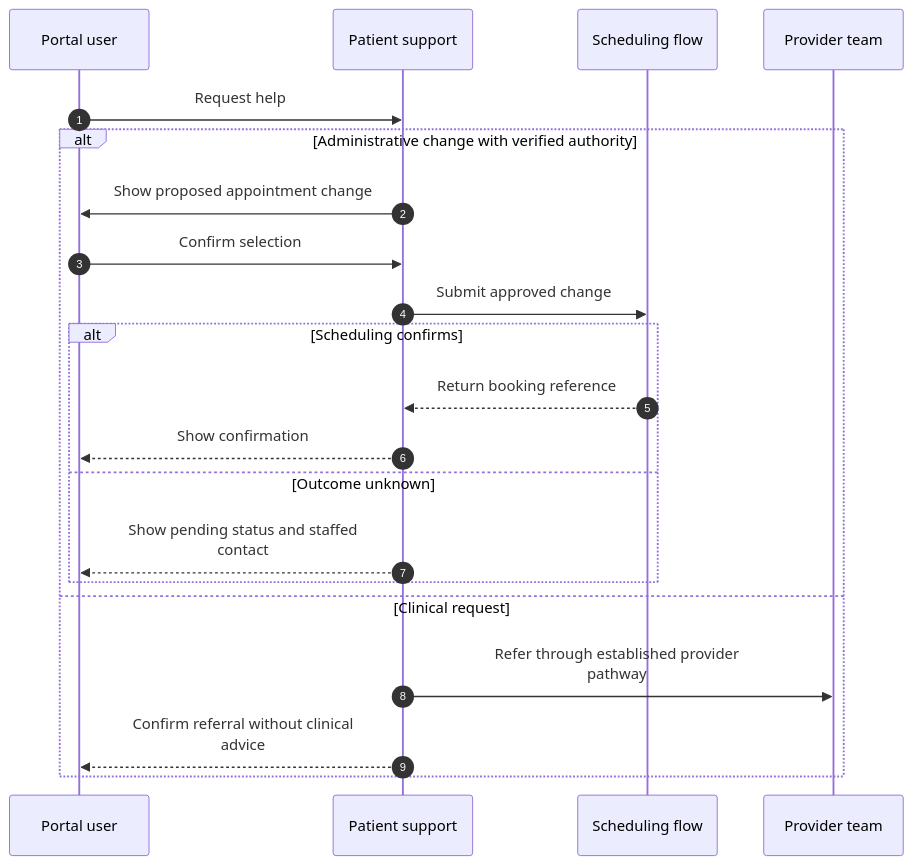
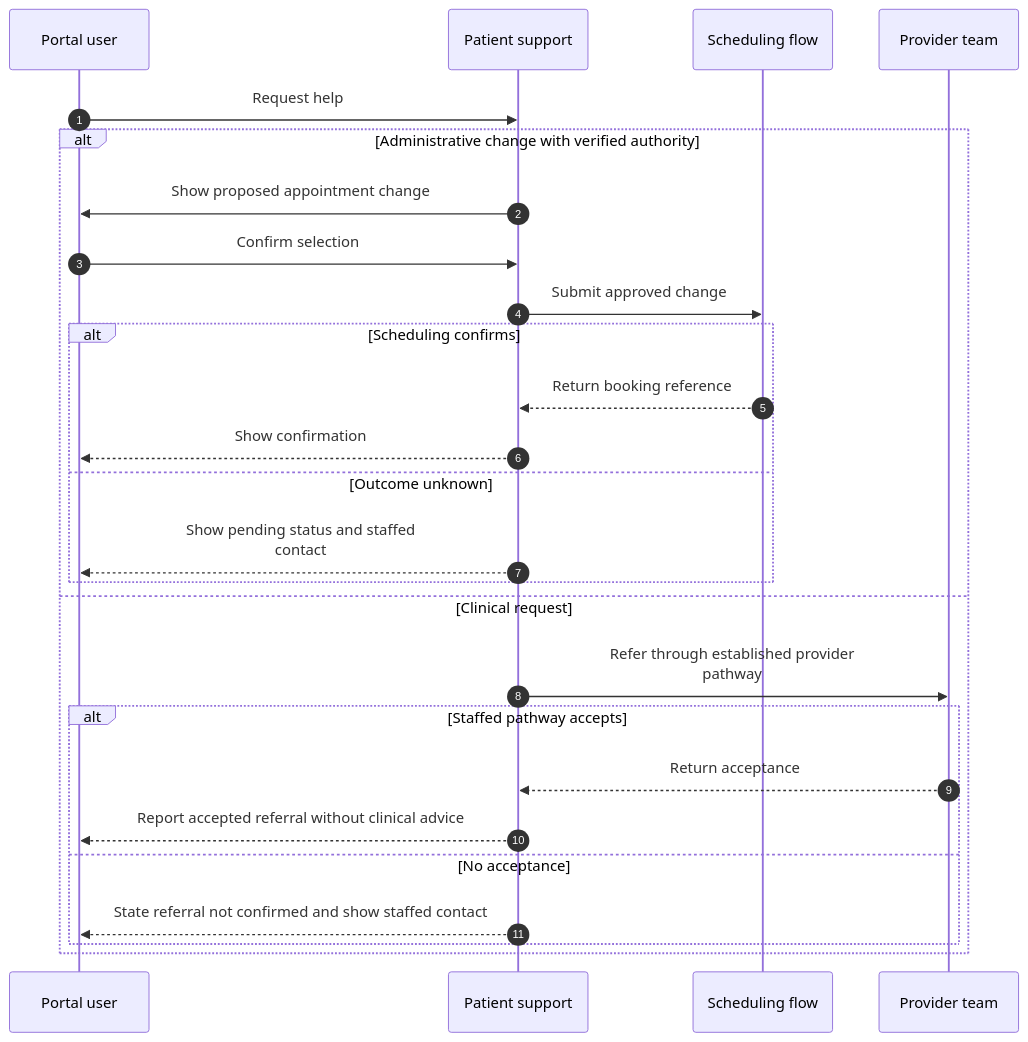
One commit to abhishek-ai-enabler/copilotstudio-architecture-patterns changed the second of 2 diagrams in solution-ideas/patient-support.md. Above: the diagram before and after it, drawn with Mermaid. The commit also changed other lines of this file and 168 other files, not shown here.

First line of the commit message:
Validate AI architecture reviews and illustrate every technical flow

````diff
--- a/solution-ideas/patient-support.md
+++ b/solution-ideas/patient-support.md
@@ -37,24 +43,29 @@
 ```mermaid
 sequenceDiagram
     accTitle: Patient portal for administrative support - technical flow
     autonumber
     participant U as Portal user
     participant A as Patient support
     participant F as Scheduling flow
     participant H as Provider team
     U->>A: Request help
     alt Administrative change with verified authority
       A->>U: Show proposed appointment change
       U->>A: Confirm selection
       A->>F: Submit approved change
       alt Scheduling confirms
         F-->>A: Return booking reference
         A-->>U: Show confirmation
       else Outcome unknown
         A-->>U: Show pending status and staffed<br/>contact
       end
     else Clinical request
       A->>H: Refer through established provider<br/>pathway
-      A-->>U: Confirm referral without clinical<br/>advice
+      alt Staffed pathway accepts
+        H-->>A: Return acceptance
+        A-->>U: Report accepted referral without clinical advice
+      else No acceptance
+        A-->>U: State referral not confirmed and show staffed contact
+      end
     end
 ```
````
